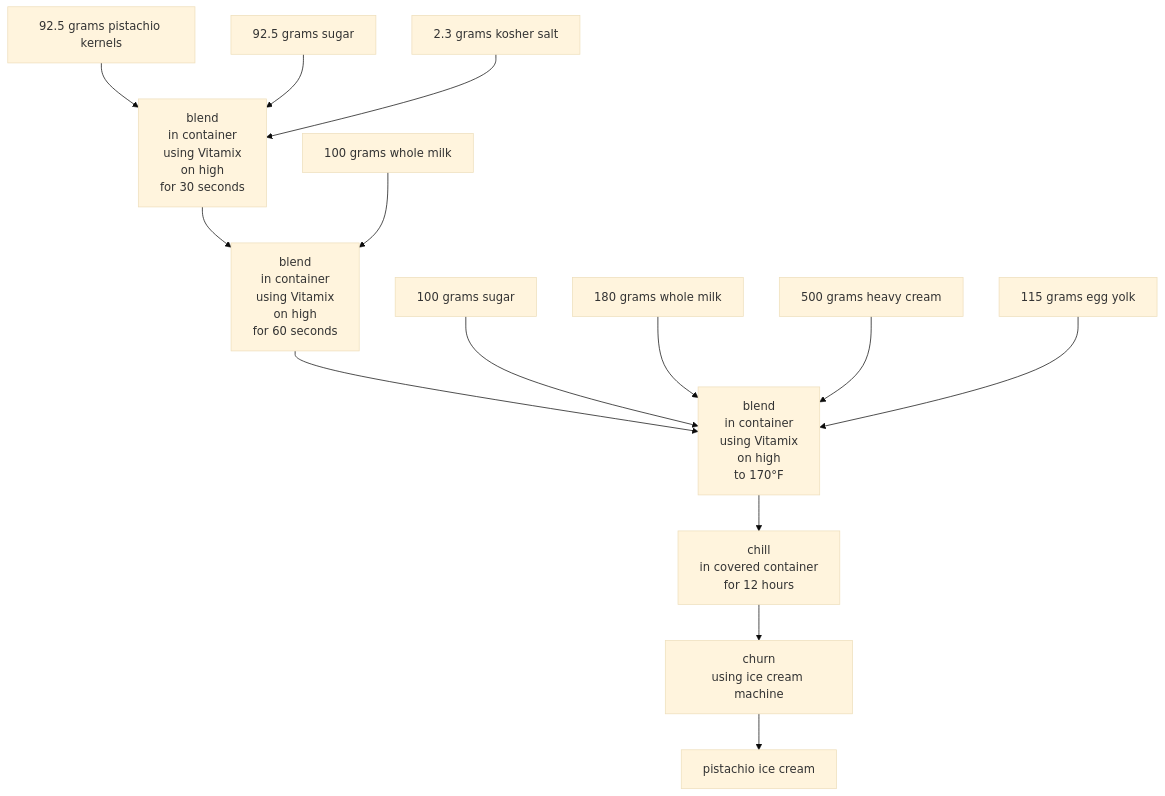
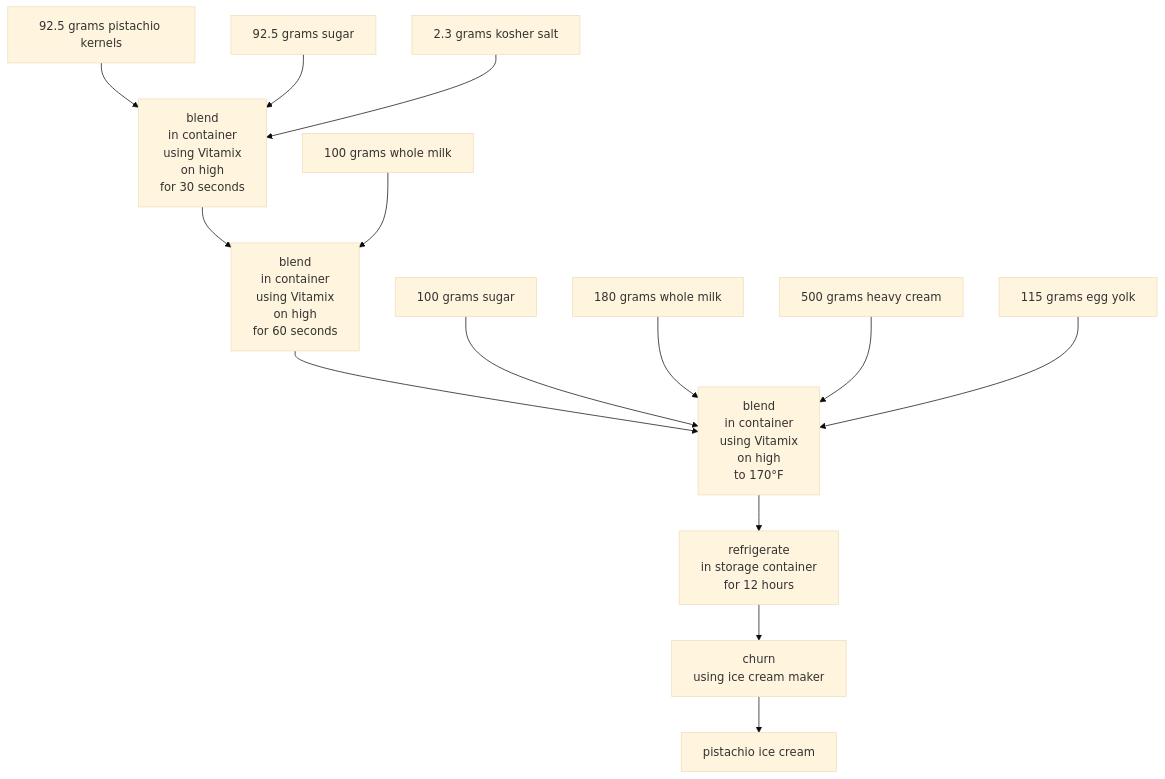
The fourth of 4 diagrams in README.md (vincentl/aquilo), drawn with Mermaid before and after one commit. The commit also changed 7 other files, not shown here.

Commit message:
finish pistachio ice cream example

````diff
--- a/README.md
+++ b/README.md
@@ -195,68 +195,68 @@
 ```mermaid
 %%{
   init: {
     'theme': 'base',
     'themeVariables': {
       'fontFamily': 'monospace'
     }
   }
 }%%
 flowchart TB
   P[92.5 grams pistachio kernels]
   S0[92.5 grams sugar]
   S[2.3 grams kosher salt]
 
   B0["blend
 in container
 using Vitamix
 on high
 for 30 seconds"]
 
   P --> B0;
   S0 --> B0;
   S --> B0;
 
   M0[100 grams whole milk]
 
   B1["blend
 in container
 using Vitamix
 on high
 for 60 seconds"]
 
   B0 --> B1;
   M0 --> B1;
 
   S1[100 grams sugar]
   M1[180 grams whole milk]
   H[500 grams heavy cream]
   E[115 grams egg yolk]
 
   B2["blend
 in container
 using Vitamix
 on high
 to 170°F"]
 
   B1 --> B2;
   S1 --> B2;
   M1 --> B2;
   H --> B2;
   E --> B2;
 
-  Chill["chill
-in covered container
+  Chill["refrigerate
+in storage container
 for 12 hours"]
 
   B2 --> Chill;
 
   Churn["churn
-using ice cream machine"]
+using ice cream maker"]
 
   Chill --> Churn;
 
   Product[pistachio ice cream]
 
   Churn --> Product;
 
 ```
````
